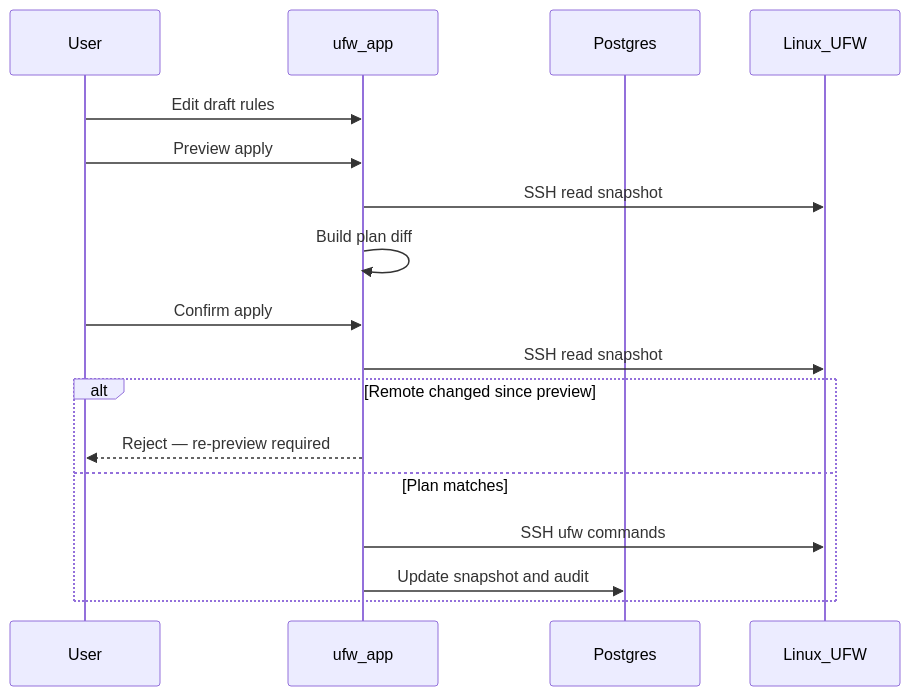
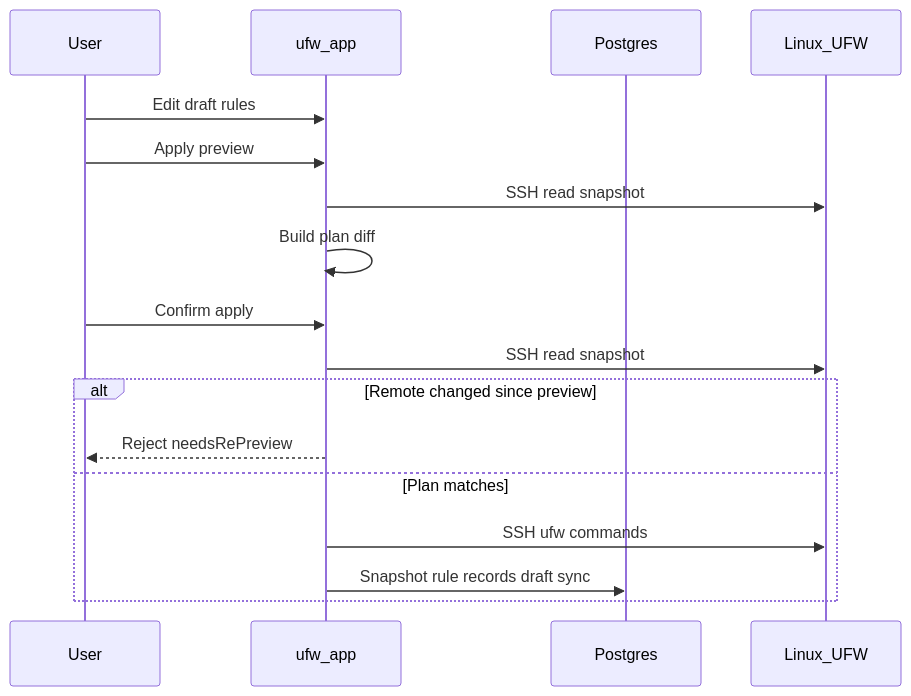
The diagram in docs/en/concepts/draft-apply-workflow.md (finenumbers/ufw), drawn with Mermaid before and after one commit. The commit also changed other lines of this file and 204 other files, not shown here.

````diff
--- a/docs/en/concepts/draft-apply-workflow.md
+++ b/docs/en/concepts/draft-apply-workflow.md
@@ -37,20 +45,20 @@
 ```mermaid
 sequenceDiagram
   participant User
   participant App as ufw_app
   participant DB as Postgres
   participant Remote as Linux_UFW
 
   User->>App: Edit draft rules
-  User->>App: Preview apply
+  User->>App: Apply preview
   App->>Remote: SSH read snapshot
   App->>App: Build plan diff
   User->>App: Confirm apply
   App->>Remote: SSH read snapshot
   alt Remote changed since preview
-    App-->>User: Reject — re-preview required
+    App-->>User: Reject needsRePreview
   else Plan matches
     App->>Remote: SSH ufw commands
-    App->>DB: Update snapshot and audit
+    App->>DB: Snapshot rule records draft sync
   end
 ```
````
